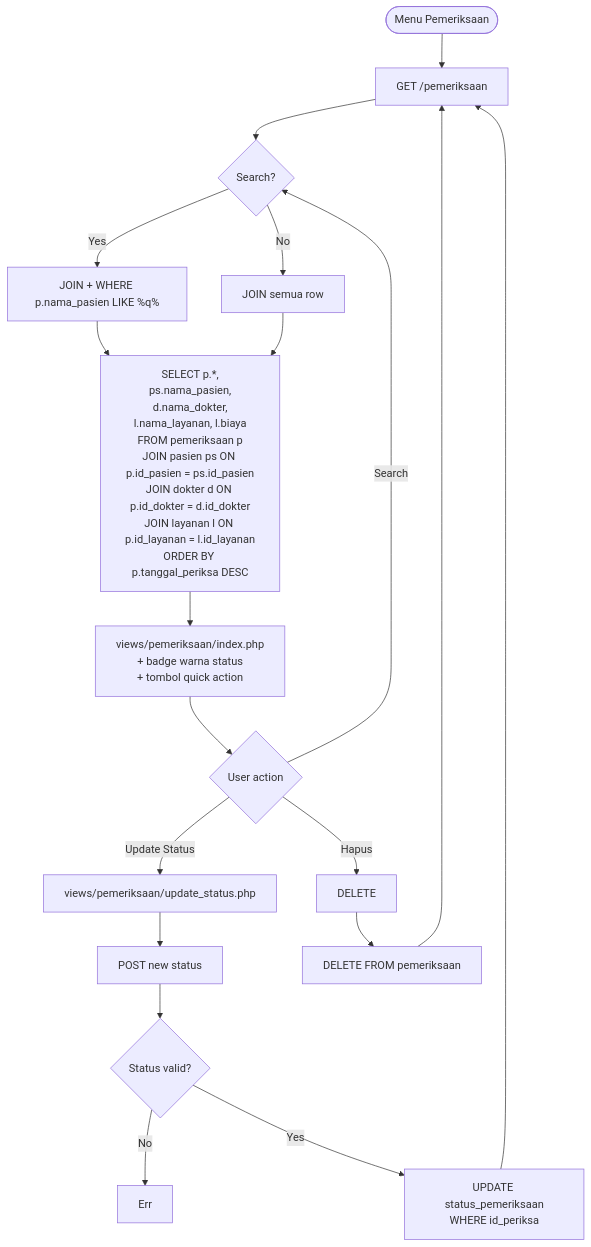
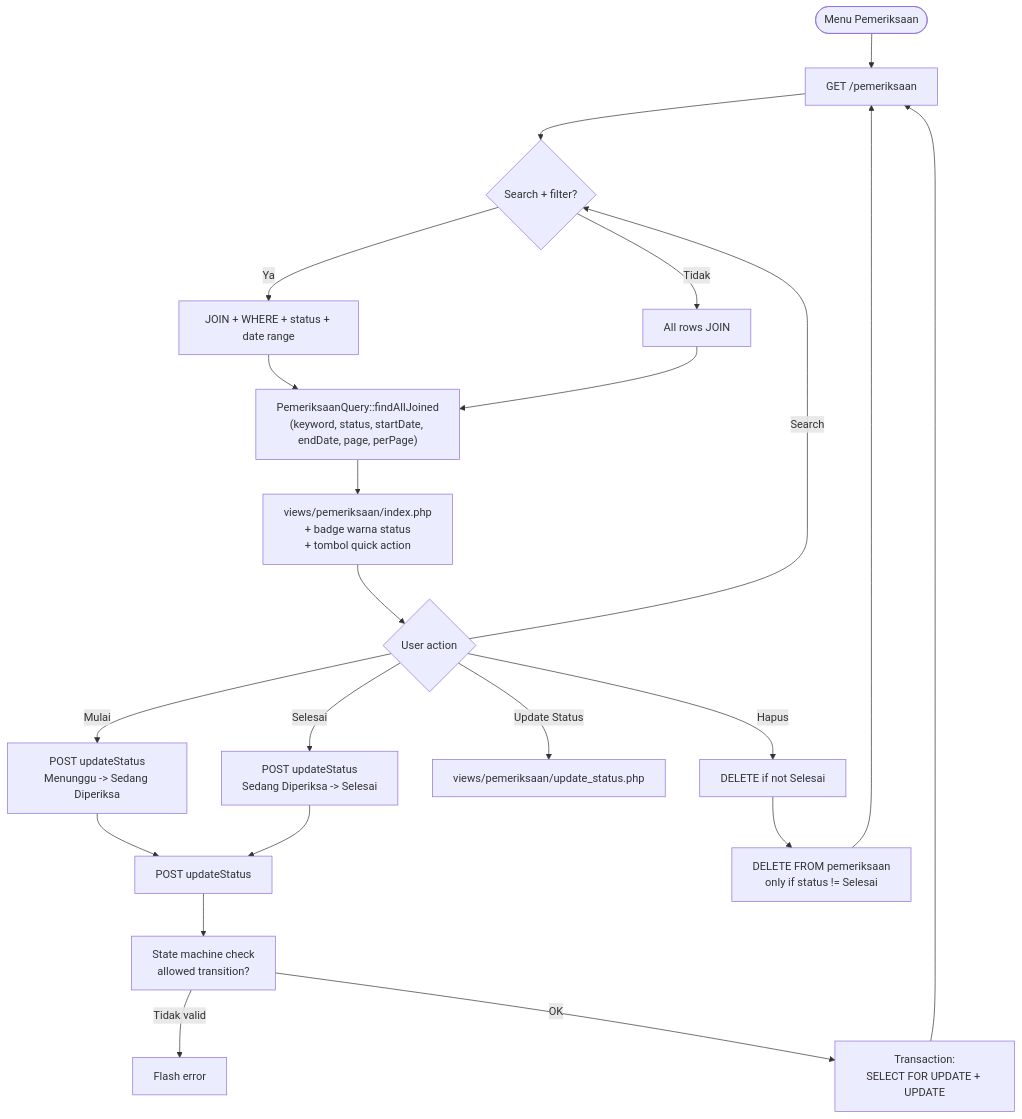
Before and after one commit to TudeOrangBiasa/silk-swarakarna-uas: the seventh of 13 diagrams in docs/business-logic.md, drawn with Mermaid. The commit also changed other lines of this file and 2 other files, not shown here.

First line of the commit message:
docs: rewrite README + architecture + business-logic (Caveman + Humanizer)

````diff
--- a/docs/business-logic.md
+++ b/docs/business-logic.md
@@ -143,23 +177,25 @@
 ```mermaid
 flowchart TD
     Start([Menu Pemeriksaan]) --> List[GET /pemeriksaan]
-    List --> Search{Search?}
-    Search -->|Yes| Filter[JOIN + WHERE p.nama_pasien LIKE %q%]
-    Search -->|No| All[JOIN semua row]
-    Filter --> Query
-    All --> Query[SELECT p.*,<br/>ps.nama_pasien,<br/>d.nama_dokter,<br/>l.nama_layanan, l.biaya<br/>FROM pemeriksaan p<br/>JOIN pasien ps ON p.id_pasien = ps.id_pasien<br/>JOIN dokter d ON p.id_dokter = d.id_dokter<br/>JOIN layanan l ON p.id_layanan = l.id_layanan<br/>ORDER BY p.tanggal_periksa DESC]
-    Query --> Render[views/pemeriksaan/index.php<br/>+ badge warna status<br/>+ tombol quick action]
+    List --> Search{Search + filter?}
+    Search -->|Ya| Filter[JOIN + WHERE + status + date range]
+    Search -->|Tidak| All[All rows JOIN]
+    Filter --> P["PemeriksaanQuery::findAllJoined<br/>(keyword, status, startDate, endDate, page, perPage)"]
+    All --> P
+    P --> Render[views/pemeriksaan/index.php<br/>+ badge warna status<br/>+ tombol quick action]
     Render --> Action{User action}
+
+    Action -->|Mulai| Mulai[POST updateStatus<br/>Menunggu -> Sedang Diperiksa]
+    Action -->|Selesai| Selesai[POST updateStatus<br/>Sedang Diperiksa -> Selesai]
     Action -->|Update Status| US[views/pemeriksaan/update_status.php]
-    Action -->|Hapus| Del[DELETE]
+    Action -->|Hapus| Del[DELETE if not Selesai]
     Action -->|Search| Search
 
-    US --> USPost[POST new status]
-    USPost --> USValid{Status valid?}
-    USValid -->|No| Err
-    USValid -->|Yes| USUpdate[UPDATE status_pemeriksaan<br/>WHERE id_periksa]
+    Mulai & Selesai --> USPost
+    USPost[POST updateStatus] --> USValidate[State machine check<br/>allowed transition?]
+    USValidate -->|Tidak valid| Err[Flash error]
+    USValidate -->|OK| USUpdate[Transaction:<br/>SELECT FOR UPDATE + UPDATE]
     USUpdate --> List
-
-    Del --> DelExec[DELETE FROM pemeriksaan]
+    Del --> DelExec[DELETE FROM pemeriksaan<br/>only if status != Selesai]
     DelExec --> List
 ```
````
